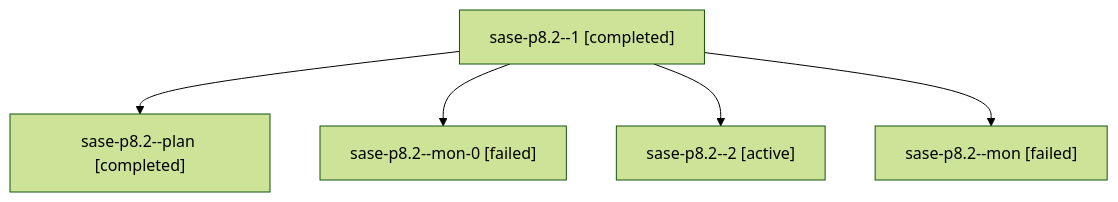
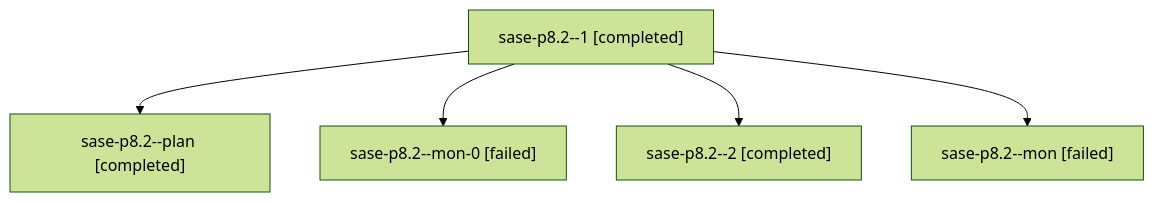
The diagram in families/bbugyi200.athena.sase-p8.2.md (sase-org/sase--agents), drawn with Mermaid (forest theme) before and after one commit. The commit also changed other lines of this file and 22 other files, not shown here.

````diff
--- a/families/bbugyi200.athena.sase-p8.2.md
+++ b/families/bbugyi200.athena.sase-p8.2.md
@@ -9,12 +9,12 @@
 ```mermaid
 flowchart TD
   n0["sase-p8.2--1 [completed]"]
   n1["sase-p8.2--plan [completed]"]
   n0 --> n1
   n2["sase-p8.2--mon-0 [failed]"]
   n0 --> n2
-  n3["sase-p8.2--2 [active]"]
+  n3["sase-p8.2--2 [completed]"]
   n0 --> n3
   n4["sase-p8.2--mon [failed]"]
   n0 --> n4
 ```
````
